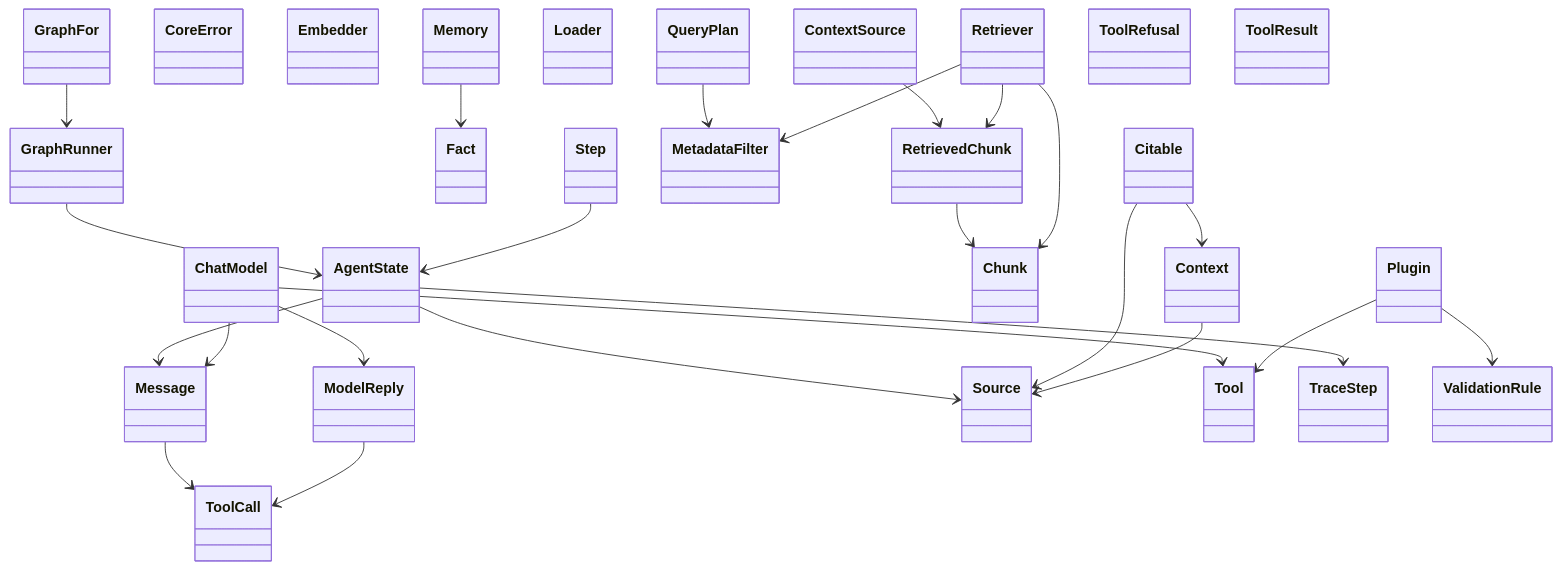
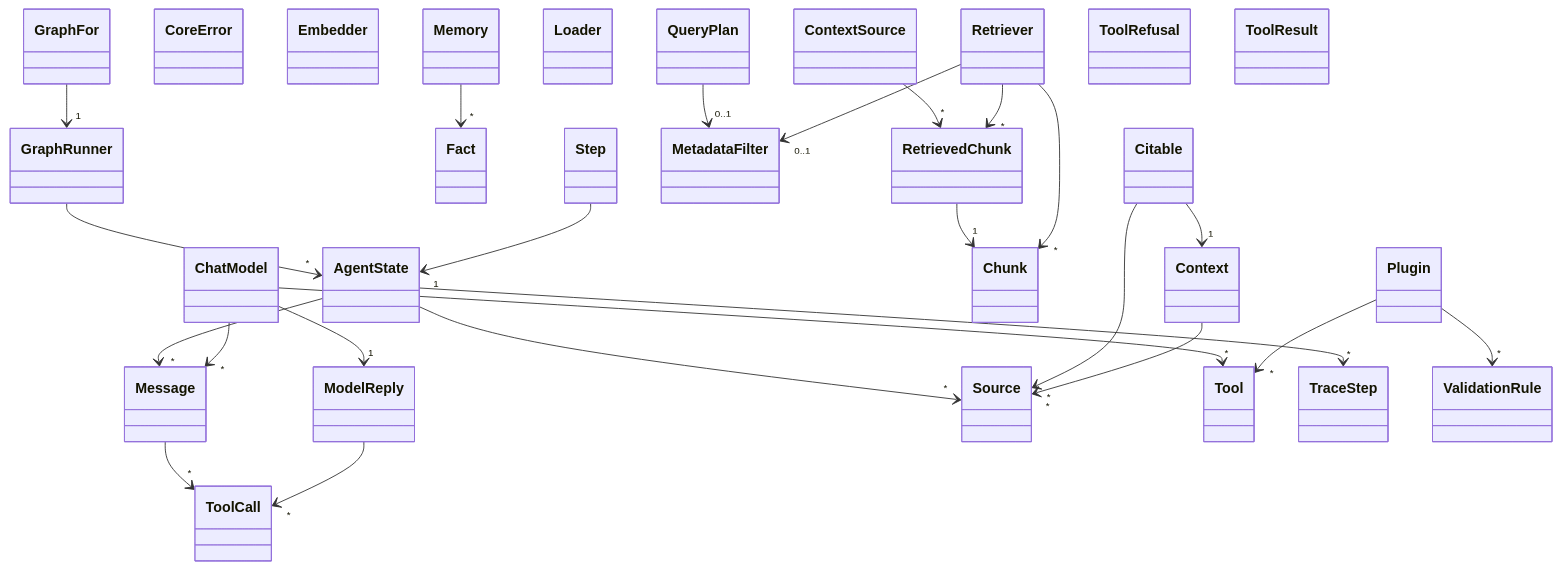
The diagram in packages/api/diagrams.md (aschog/cora), drawn with Mermaid before and after one commit. The commit also changed 1 other file, not shown here.

Commit message:
feat: count what each arrow points at

````diff
--- a/packages/api/diagrams.md
+++ b/packages/api/diagrams.md
@@ -5,54 +5,54 @@
 ```mermaid
 classDiagram
   class AgentState
   class ChatModel
   class Chunk
   class Citable
   class Context
   class ContextSource
   class CoreError
   class Embedder
   class Fact
   class GraphFor
   class GraphRunner
   class Loader
   class Memory
   class Message
   class MetadataFilter
   class ModelReply
   class Plugin
   class QueryPlan
   class RetrievedChunk
   class Retriever
   class Source
   class Step
   class Tool
   class ToolCall
   class ToolRefusal
   class ToolResult
   class TraceStep
   class ValidationRule
-  AgentState --> Message
-  AgentState --> Source
-  AgentState --> TraceStep
-  ChatModel --> Message
-  ChatModel --> ModelReply
-  ChatModel --> Tool
-  Citable --> Context
-  Citable --> Source
-  Context --> Source
-  ContextSource --> RetrievedChunk
-  GraphFor --> GraphRunner
-  GraphRunner --> AgentState
-  Memory --> Fact
-  Message --> ToolCall
-  ModelReply --> ToolCall
-  Plugin --> Tool
-  Plugin --> ValidationRule
-  QueryPlan --> MetadataFilter
-  RetrievedChunk --> Chunk
-  Retriever --> Chunk
-  Retriever --> MetadataFilter
-  Retriever --> RetrievedChunk
-  Step --> AgentState
+  AgentState --> "*" Message
+  AgentState --> "*" Source
+  AgentState --> "*" TraceStep
+  ChatModel --> "*" Message
+  ChatModel --> "1" ModelReply
+  ChatModel --> "*" Tool
+  Citable --> "1" Context
+  Citable --> "*" Source
+  Context --> "*" Source
+  ContextSource --> "*" RetrievedChunk
+  GraphFor --> "1" GraphRunner
+  GraphRunner --> "*" AgentState
+  Memory --> "*" Fact
+  Message --> "*" ToolCall
+  ModelReply --> "*" ToolCall
+  Plugin --> "*" Tool
+  Plugin --> "*" ValidationRule
+  QueryPlan --> "0..1" MetadataFilter
+  RetrievedChunk --> "1" Chunk
+  Retriever --> "*" Chunk
+  Retriever --> "0..1" MetadataFilter
+  Retriever --> "*" RetrievedChunk
+  Step --> "1" AgentState
 ```
````
